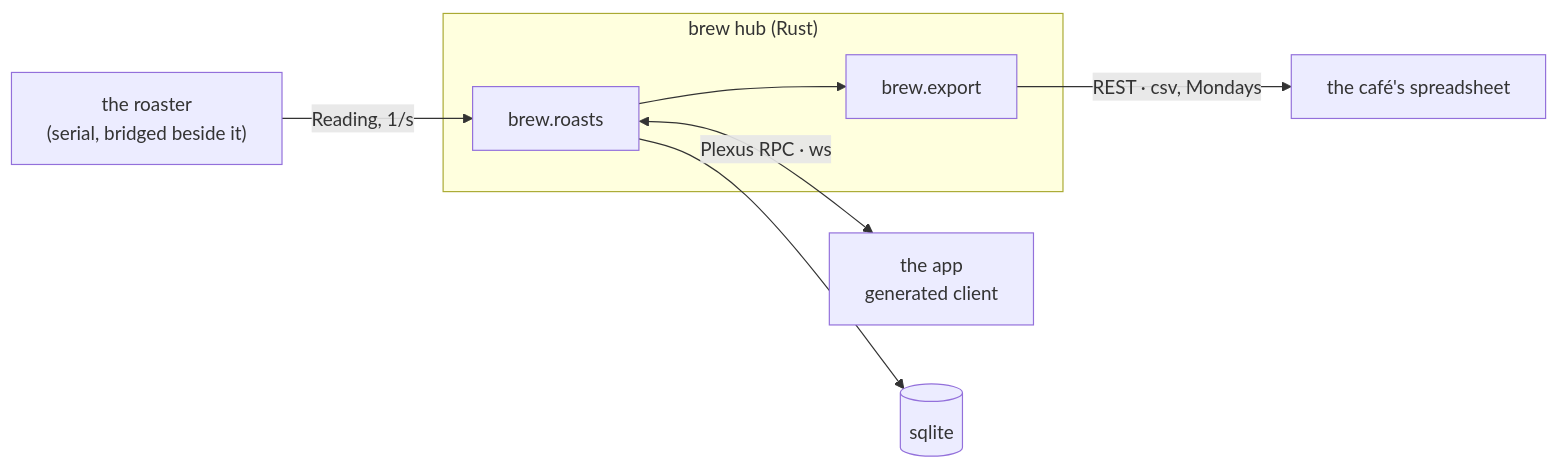
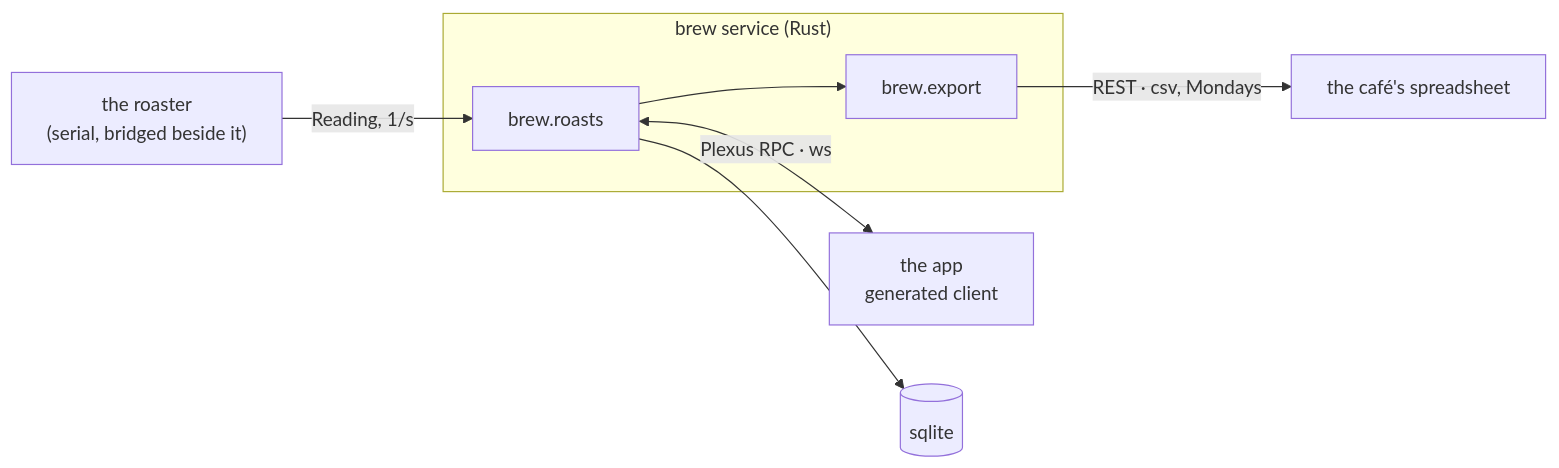
One commit to hypermemetic-ai/menger-skills changed the diagram in showing/examples/feed.md. Above: the diagram before and after it, drawn with Mermaid. The commit also changed other lines of this file and 18 other files, not shown here.

First line of the commit message:
NAMING: a Plexus backend is a service, never a hub — every skill and example says service (owner, 2026-10-29: "we don't call them hubs anymore. we call them services.")

````diff
--- a/showing/examples/feed.md
+++ b/showing/examples/feed.md
@@ -45,10 +45,10 @@
 ```mermaid
 flowchart LR
   RO["the roaster<br/>(serial, bridged beside it)"] -->|"Reading, 1/s"| RS
-  subgraph H["brew hub (Rust)"]
+  subgraph H["brew service (Rust)"]
     RS["brew.roasts"] --> EX["brew.export"]
   end
   RS <-->|"Plexus RPC · ws"| APP["the app<br/>generated client"]
   EX -->|"REST · csv, Mondays"| CAFE["the café's spreadsheet"]
   RS --> DB[("sqlite")]
 ```
````
